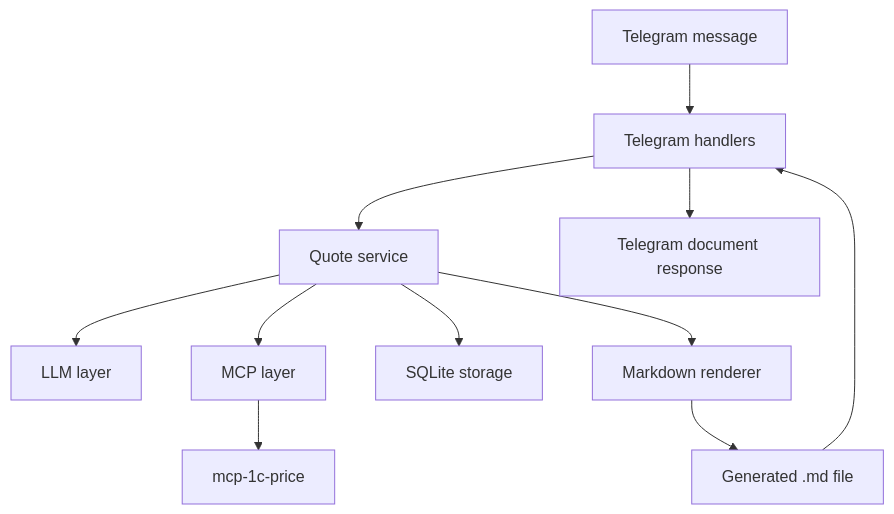
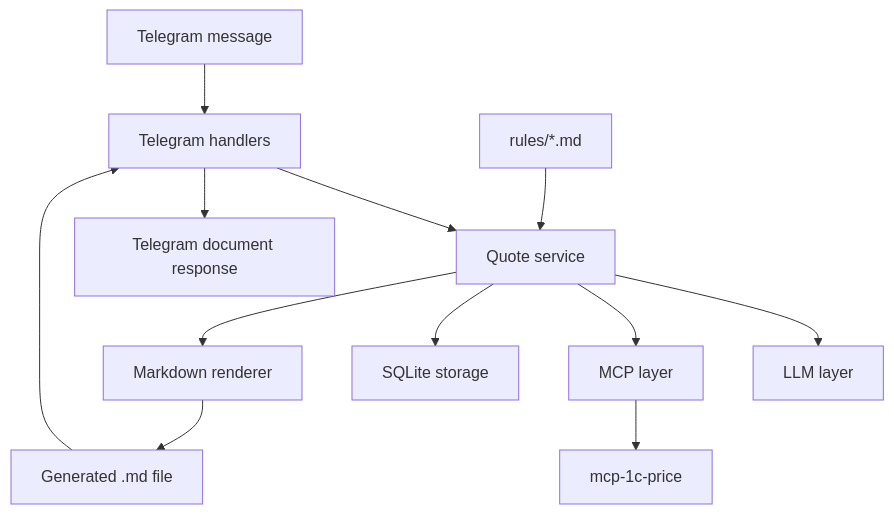
Before and after one commit to snn02/1c-price-bot: the diagram in docs/architecture.md, drawn with Mermaid. The commit also changed other lines of this file and 9 other files, not shown here.

````diff
--- a/docs/architecture.md
+++ b/docs/architecture.md
@@ -70,13 +97,14 @@
 ```mermaid
 flowchart TD
     A["Telegram message"] --> B["Telegram handlers"]
     B --> C["Quote service"]
     C --> D["LLM layer"]
     C --> E["MCP layer"]
     C --> F["SQLite storage"]
+    K["rules/*.md"] --> C
     E --> G["mcp-1c-price"]
     C --> H["Markdown renderer"]
     H --> I["Generated .md file"]
     I --> B
     B --> J["Telegram document response"]
 ```
````
